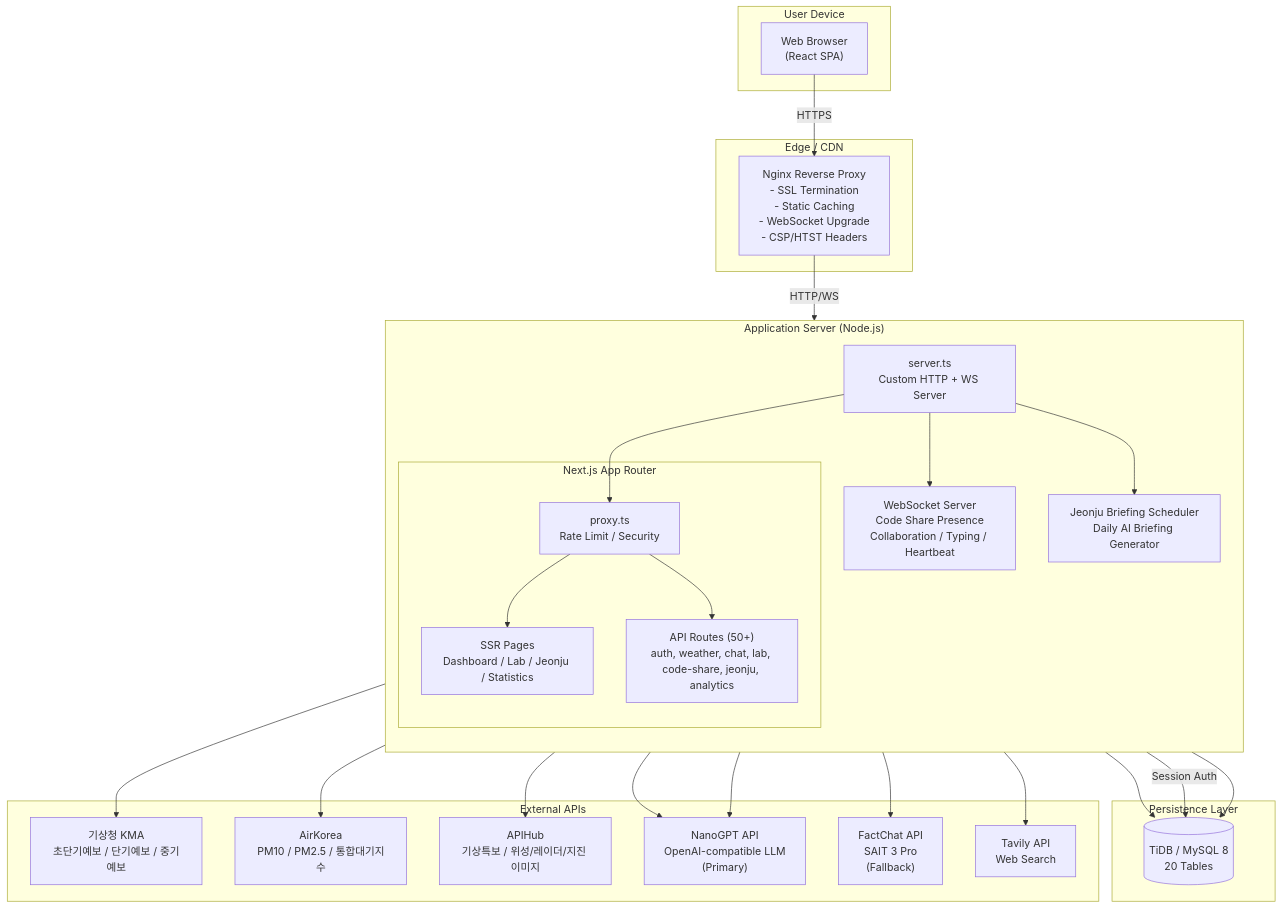
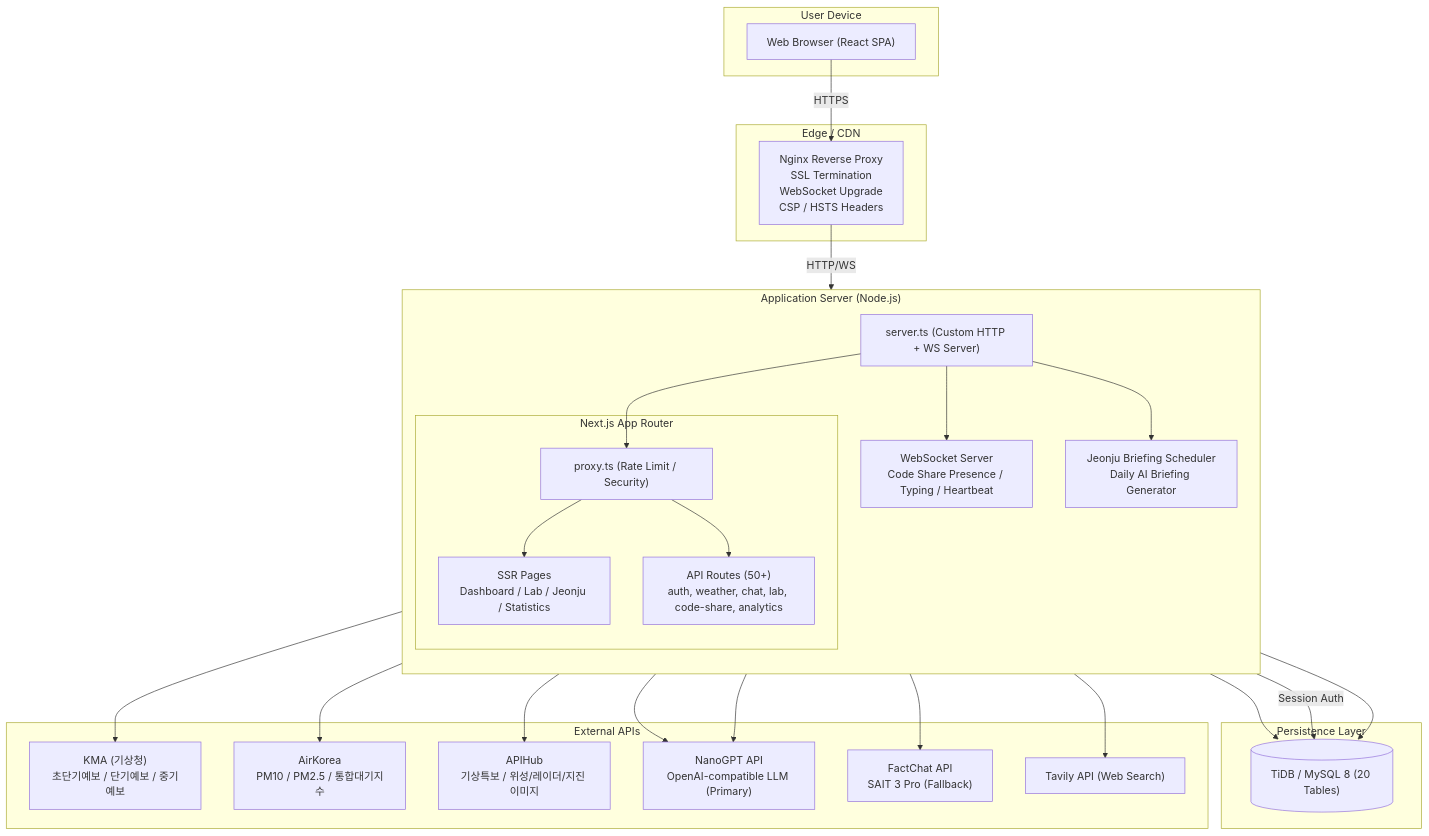
Before and after one commit to kim0040/Nadeulhae: the first of 17 diagrams in docs/ARCHITECTURE_UML.md, drawn with Mermaid. The commit also changed other lines of this file, not shown here.

Commit message:
fix(docs): fix Mermaid syntax errors in UML diagrams (invalid types, special chars)

````diff
--- a/docs/ARCHITECTURE_UML.md
+++ b/docs/ARCHITECTURE_UML.md
@@ -15,57 +15,57 @@
 ```mermaid
 graph TB
-    subgraph "User Device"
-        BROWSER["Web Browser<br/>(React SPA)"]
+    subgraph UserDevice["User Device"]
+        BROWSER["Web Browser (React SPA)"]
     end
 
-    subgraph "Edge / CDN"
-        NGINX["Nginx Reverse Proxy<br/>- SSL Termination<br/>- Static Caching<br/>- WebSocket Upgrade<br/>- CSP/HTST Headers"]
+    subgraph EdgeCDN["Edge / CDN"]
+        NGINX["Nginx Reverse Proxy<br/>SSL Termination<br/>WebSocket Upgrade<br/>CSP / HSTS Headers"]
     end
 
-    subgraph "Application Server (Node.js)"
+    subgraph AppServer["Application Server (Node.js)"]
         direction TB
-        S_TS["server.ts<br/>Custom HTTP + WS Server"]
+        S_TS["server.ts (Custom HTTP + WS Server)"]
         
-        subgraph "Next.js App Router"
-            MIDDLE["proxy.ts<br/>Rate Limit / Security"]
+        subgraph NextJS["Next.js App Router"]
+            MIDDLE["proxy.ts (Rate Limit / Security)"]
             PAGES["SSR Pages<br/>Dashboard / Lab / Jeonju / Statistics"]
-            API["API Routes (50+)<br/>auth, weather, chat, lab, code-share, jeonju, analytics"]
+            API["API Routes (50+)<br/>auth, weather, chat, lab, code-share, analytics"]
         end
 
-        WSS["WebSocket Server<br/>Code Share Presence<br/>Collaboration / Typing / Heartbeat"]
+        WSS["WebSocket Server<br/>Code Share Presence / Typing / Heartbeat"]
         
         SCHEDULER["Jeonju Briefing Scheduler<br/>Daily AI Briefing Generator"]
 
         S_TS --> MIDDLE
         MIDDLE --> PAGES
         MIDDLE --> API
         S_TS --> WSS
         S_TS --> SCHEDULER
     end
 
-    subgraph "Persistence Layer"
-        TIDB[("TiDB / MySQL 8<br/>20 Tables")]
+    subgraph Persistence["Persistence Layer"]
+        TIDB[("TiDB / MySQL 8 (20 Tables)")]
     end
 
-    subgraph "External APIs"
-        KMA["기상청 KMA<br/>초단기예보 / 단기예보 / 중기예보"]
+    subgraph ExternalAPIs["External APIs"]
+        KMA["KMA (기상청)<br/>초단기예보 / 단기예보 / 중기예보"]
         AIR["AirKorea<br/>PM10 / PM2.5 / 통합대기지수"]
         APIHUB["APIHub<br/>기상특보 / 위성/레이더/지진 이미지"]
-        NANOGPT["NanoGPT API<br/>OpenAI-compatible LLM<br/>(Primary)"]
-        FACTCHAT["FactChat API<br/>SAIT 3 Pro<br/>(Fallback)"]
-        TAVILY["Tavily API<br/>Web Search"]
+        NANOGPT["NanoGPT API<br/>OpenAI-compatible LLM (Primary)"]
+        FACTCHAT["FactChat API<br/>SAIT 3 Pro (Fallback)"]
+        TAVILY["Tavily API (Web Search)"]
     end
 
     BROWSER -- HTTPS --> NGINX
     NGINX -- HTTP/WS --> S_TS
     API --> TIDB
     WSS -- Session Auth --> TIDB
     API --> KMA
     API --> AIR
     API --> APIHUB
     API --> NANOGPT
     API --> FACTCHAT
     API --> TAVILY
     SCHEDULER --> NANOGPT
     SCHEDULER --> TIDB
 ```
````
